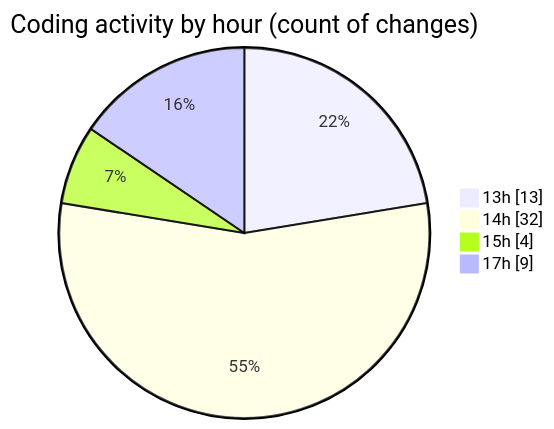
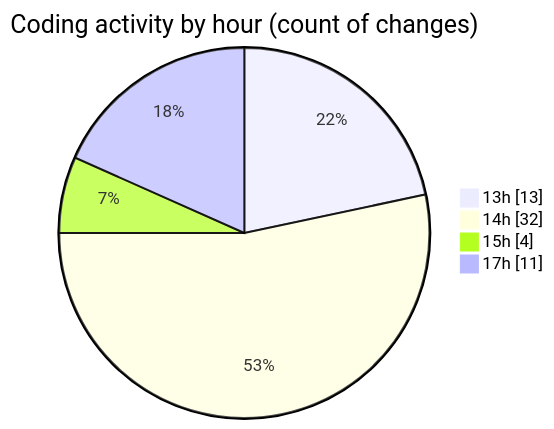
The second of 2 diagrams in 2025-06-05/nxtqube_webapp/README.md (nxtqubesakshisongat/code-tracking), drawn with Mermaid before and after one commit. The commit also changed other lines of this file and 1 other file, not shown here.

````diff
--- a/2025-06-05/nxtqube_webapp/README.md
+++ b/2025-06-05/nxtqube_webapp/README.md
@@ -31,8 +32,8 @@
 ```mermaid
 pie showData
 title Coding activity by hour (count of changes)
 "13h" : 13
 "14h" : 32
 "15h" : 4
-"17h" : 9
+"17h" : 11
 ```
````
